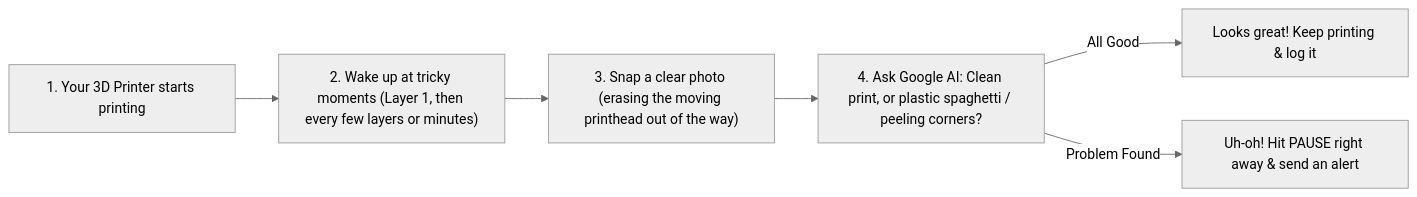
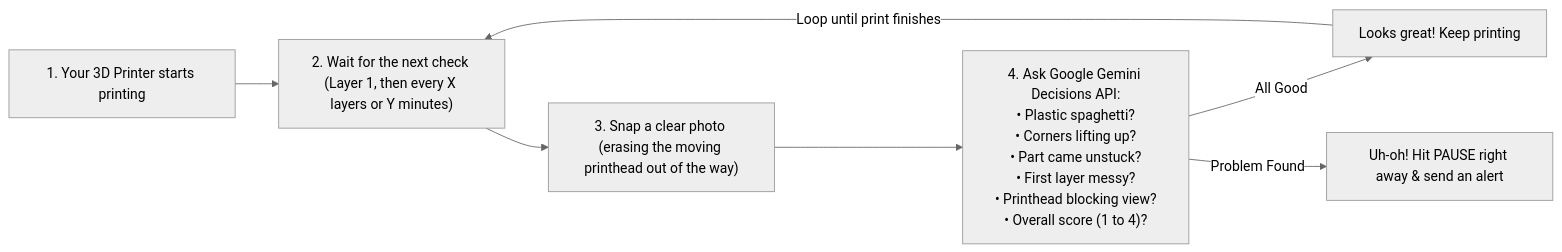
Before and after one commit to bibouinc/bambu-ai-guard: the diagram in README.md, drawn with Mermaid (neutral theme).

Commit message:
docs: show checkpoint loop and exact Gemini Decisions API questions in README diagram

````diff
--- a/README.md
+++ b/README.md
@@ -36,13 +36,15 @@
 ```mermaid
 flowchart LR
     P["1. Your 3D Printer starts printing"]
-    T["2. Wake up at tricky moments (Layer 1, then every few layers or minutes)"]
+    T["2. Wait for the next check (Layer 1, then every X layers or Y minutes)"]
     C["3. Snap a clear photo (erasing the moving printhead out of the way)"]
-    AI["4. Ask Google AI: Clean print, or plastic spaghetti / peeling corners?"]
-    OK["Looks great! Keep printing & log it"]
+    AI["4. Ask Google Gemini Decisions API:<br/>• Plastic spaghetti?<br/>• Corners lifting up?<br/>• Part came unstuck?<br/>• First layer messy?<br/>• Printhead blocking view?<br/>• Overall score (1 to 4)?"]
+    OK["Looks great! Keep printing"]
     FAIL["Uh-oh! Hit PAUSE right away & send an alert"]
 
-    P --> T --> C --> AI
+    P --> T
+    T --> C --> AI
     AI -->|"All Good"| OK
+    OK -->|"Loop until print finishes"| T
     AI -->|"Problem Found"| FAIL
 ```
````
